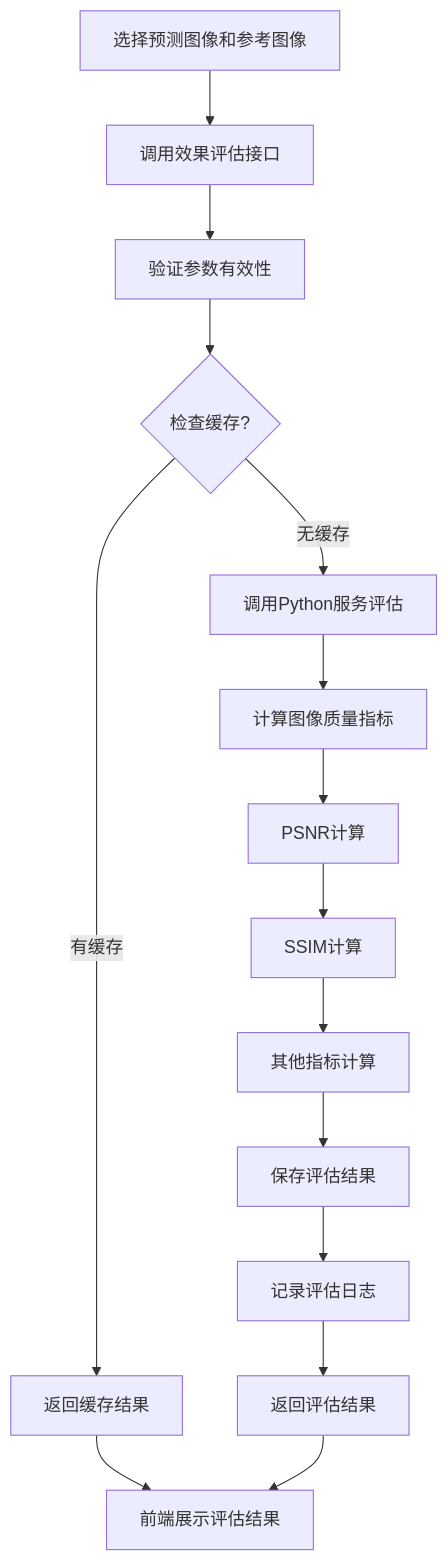
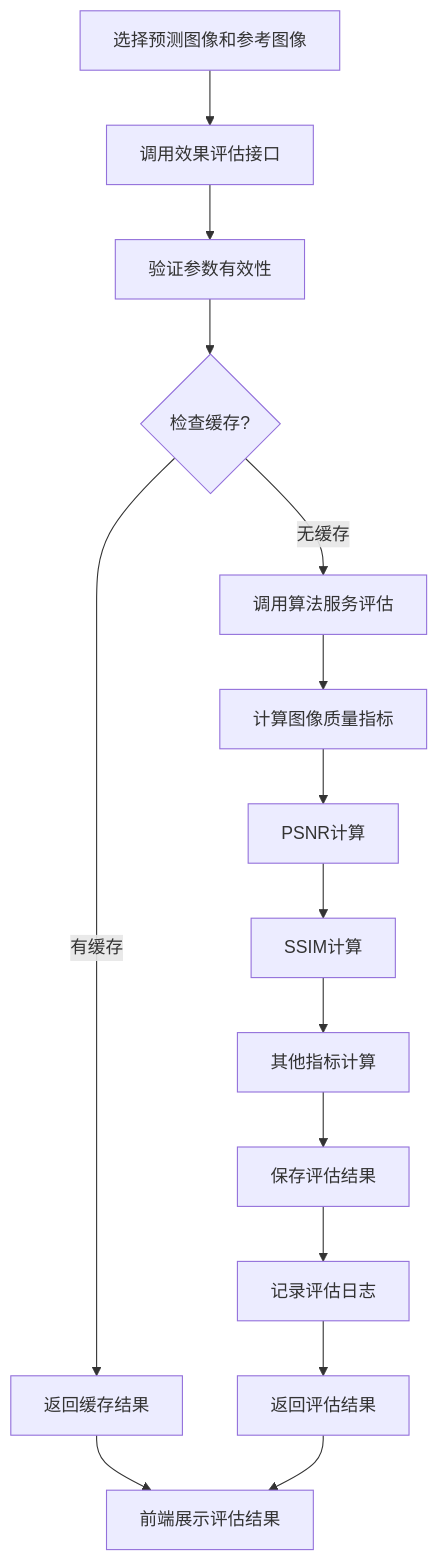
Before and after one commit to earthy-zinc/dehaze-system: the fourth of 9 diagrams in dehaze-doc/docs/03-模块设计/核心模块/算法管理/需求规格.md, drawn with Mermaid. The commit also changed other lines of this file and 755 other files, not shown here.

````diff
--- a/dehaze-doc/docs/03-模块设计/核心模块/算法管理/需求规格.md
+++ b/dehaze-doc/docs/03-模块设计/核心模块/算法管理/需求规格.md
@@ -670,17 +667,17 @@
 ```mermaid
 graph TD
     A[选择预测图像和参考图像] --> B[调用效果评估接口]
     B --> C[验证参数有效性]
     C --> D{检查缓存?}
     D -->|有缓存| E[返回缓存结果]
-    D -->|无缓存| F[调用Python服务评估]
+    D -->|无缓存| F[调用算法服务评估]
     F --> G[计算图像质量指标]
     G --> H[PSNR计算]
     H --> I[SSIM计算]
     I --> J[其他指标计算]
     J --> K[保存评估结果]
     K --> L[记录评估日志]
     L --> M[返回评估结果]
     E --> N[前端展示评估结果]
     M --> N
 ```
````
